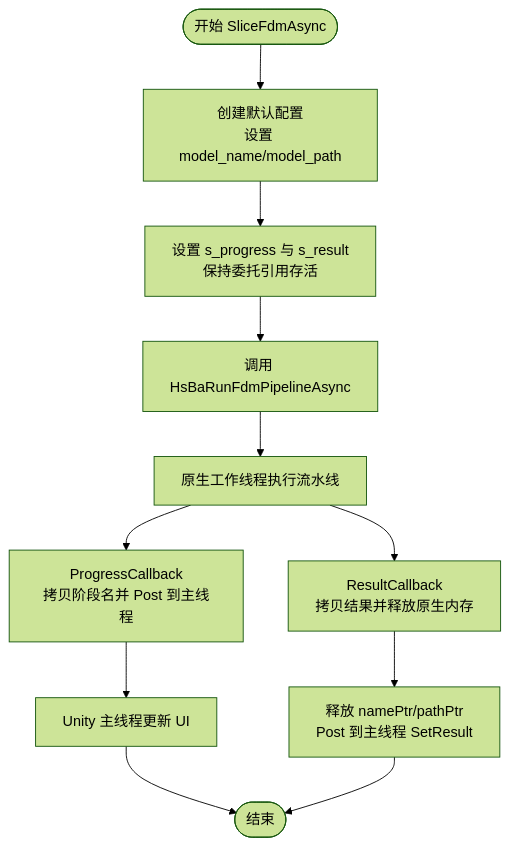
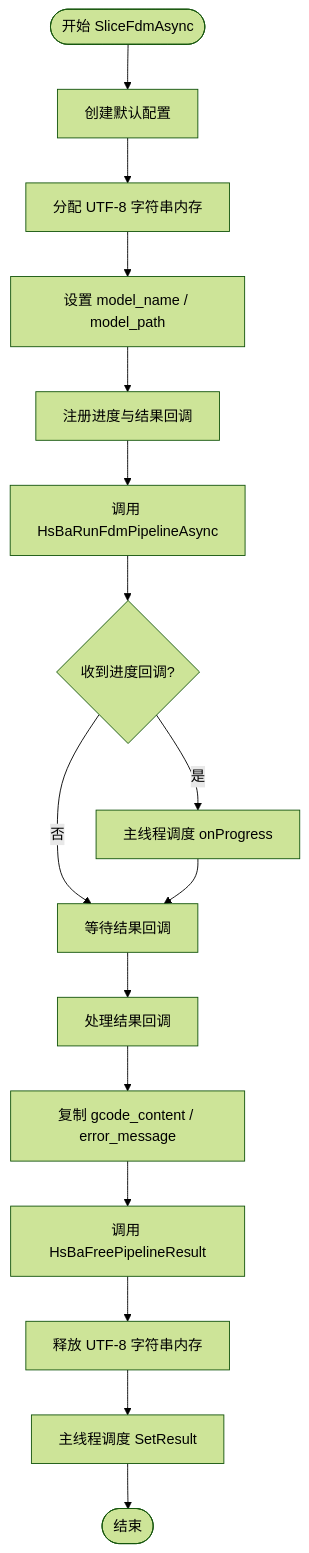
The third of 4 diagrams in .qoder/repowiki/zh/content/集成指南/游戏引擎集成/Unity 集成.md (hsmbanlance/HsBaSlicer), drawn with Mermaid (forest theme) before and after one commit. The commit also changed other lines of this file and 1135 other files, not shown here.

````diff
--- a/.qoder/repowiki/zh/content/集成指南/游戏引擎集成/Unity 集成.md
+++ b/.qoder/repowiki/zh/content/集成指南/游戏引擎集成/Unity 集成.md
@@ -131,13 +175,18 @@
 ```mermaid
 flowchart TD
-Start(["开始 SliceFdmAsync"]) --> CreateCfg["创建默认配置<br/>设置 model_name/model_path"]
-CreateCfg --> SetDelegates["设置 s_progress 与 s_result<br/>保持委托引用存活"]
-SetDelegates --> CallAsync["调用 HsBaRunFdmPipelineAsync"]
-CallAsync --> NativeWork["原生工作线程执行流水线"]
-NativeWork --> OnProgress["ProgressCallback<br/>拷贝阶段名并 Post 到主线程"]
-NativeWork --> OnResult["ResultCallback<br/>拷贝结果并释放原生内存"]
-OnProgress --> MainThread["Unity 主线程更新 UI"]
-OnResult --> FreeMem["释放 namePtr/pathPtr<br/>Post 到主线程 SetResult"]
-MainThread --> End(["结束"])
-FreeMem --> End
+Start(["开始 SliceFdmAsync"]) --> CreateCfg["创建默认配置"]
+CreateCfg --> AllocStrings["分配 UTF-8 字符串内存"]
+AllocStrings --> SetFields["设置 model_name / model_path"]
+SetFields --> RegisterCallbacks["注册进度与结果回调"]
+RegisterCallbacks --> RunAsync["调用 HsBaRunFdmPipelineAsync"]
+RunAsync --> ProgressCB{"收到进度回调?"}
+ProgressCB --> |是| PostProgress["主线程调度 onProgress"]
+ProgressCB --> |否| WaitResult["等待结果回调"]
+PostProgress --> WaitResult
+WaitResult --> ResultCB["处理结果回调"]
+ResultCB --> CopyStrings["复制 gcode_content / error_message"]
+CopyStrings --> FreeNative["调用 HsBaFreePipelineResult"]
+FreeNative --> FreeManaged["释放 UTF-8 字符串内存"]
+FreeManaged --> PostResult["主线程调度 SetResult"]
+PostResult --> End(["结束"])
 ```
````
